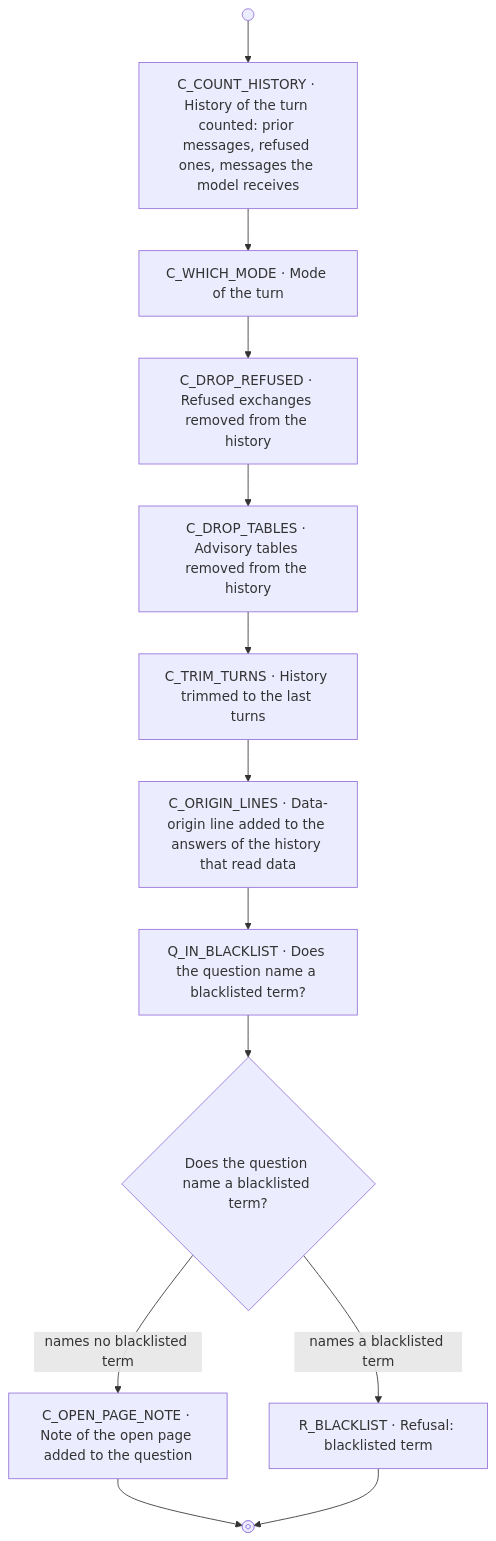
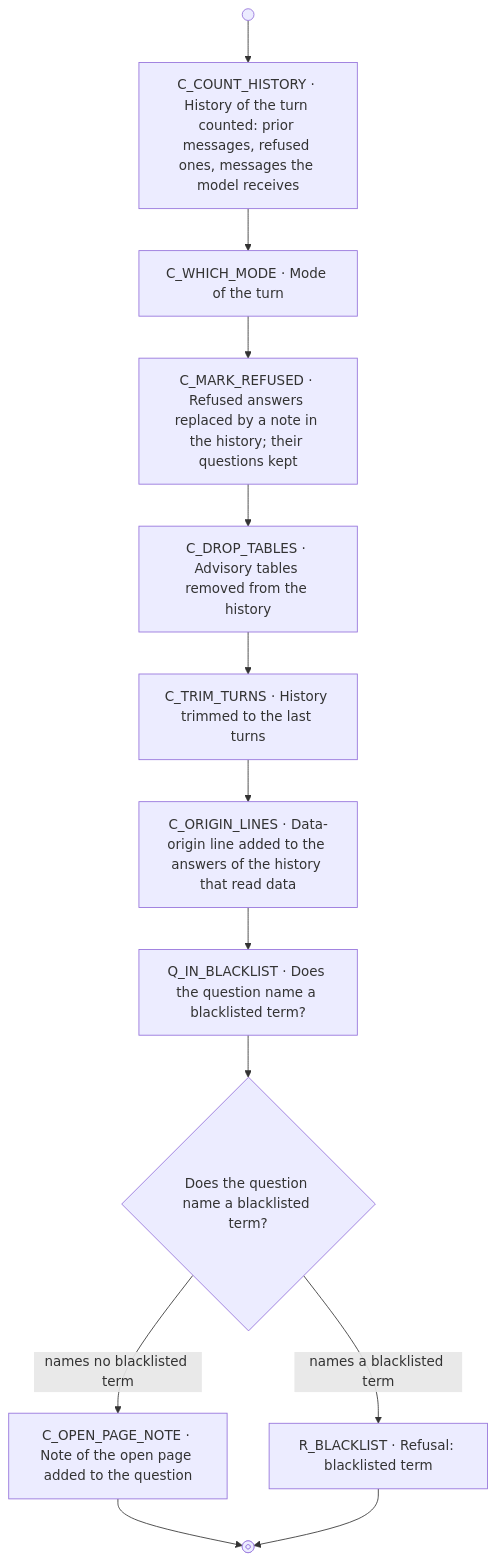
One commit to Clod/llmwiki-marimo changed the third of 4 diagrams in docs/workflow_diagrams.md. Above: the diagram before and after it, drawn with Mermaid. The commit also changed other lines of this file and 18 other files, not shown here.

````diff
--- a/docs/workflow_diagrams.md
+++ b/docs/workflow_diagrams.md
@@ -232,28 +232,28 @@
 ```mermaid
 flowchart TD
   wf_start@{ shape: sm-circ }
   wf_end@{ shape: fr-circ }
   C_COUNT_HISTORY["C_COUNT_HISTORY · History of the turn counted: prior messages, refused ones, messages the model receives"]
   C_WHICH_MODE["C_WHICH_MODE · Mode of the turn"]
-  C_DROP_REFUSED["C_DROP_REFUSED · Refused exchanges removed from the history"]
+  C_MARK_REFUSED["C_MARK_REFUSED · Refused answers replaced by a note in the history; their questions kept"]
   C_DROP_TABLES["C_DROP_TABLES · Advisory tables removed from the history"]
   C_TRIM_TURNS["C_TRIM_TURNS · History trimmed to the last turns"]
   C_ORIGIN_LINES["C_ORIGIN_LINES · Data-origin line added to the answers of the history that read data"]
   Q_IN_BLACKLIST["Q_IN_BLACKLIST · Does the question name a blacklisted term?"]
   after_Q_IN_BLACKLIST{"Does the question name a blacklisted term?"}
   C_OPEN_PAGE_NOTE["C_OPEN_PAGE_NOTE · Note of the open page added to the question"]
   R_BLACKLIST["R_BLACKLIST · Refusal: blacklisted term"]
 
   wf_start --> C_COUNT_HISTORY
   C_COUNT_HISTORY --> C_WHICH_MODE
-  C_WHICH_MODE --> C_DROP_REFUSED
-  C_DROP_REFUSED --> C_DROP_TABLES
+  C_WHICH_MODE --> C_MARK_REFUSED
+  C_MARK_REFUSED --> C_DROP_TABLES
   C_DROP_TABLES --> C_TRIM_TURNS
   C_TRIM_TURNS --> C_ORIGIN_LINES
   C_ORIGIN_LINES --> Q_IN_BLACKLIST
   Q_IN_BLACKLIST --> after_Q_IN_BLACKLIST
   after_Q_IN_BLACKLIST -->|"names no blacklisted term"| C_OPEN_PAGE_NOTE
   after_Q_IN_BLACKLIST -->|"names a blacklisted term"| R_BLACKLIST
   C_OPEN_PAGE_NOTE --> wf_end
   R_BLACKLIST --> wf_end
 ```
````
